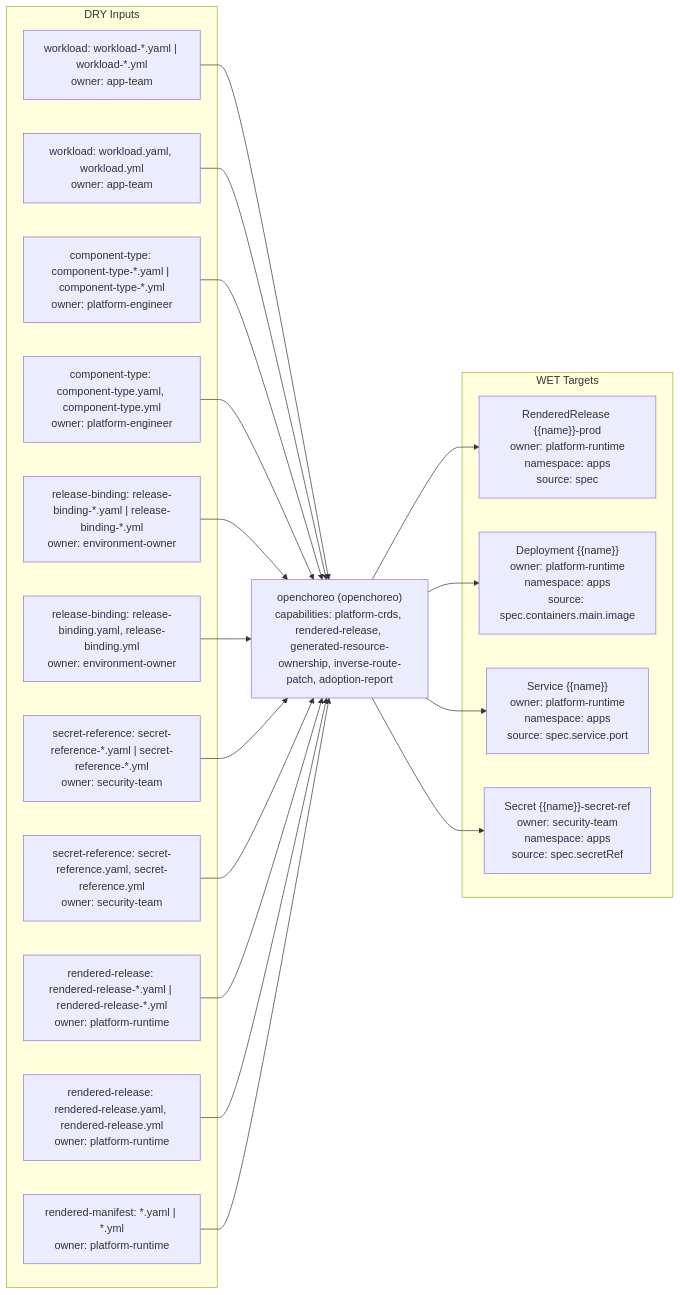
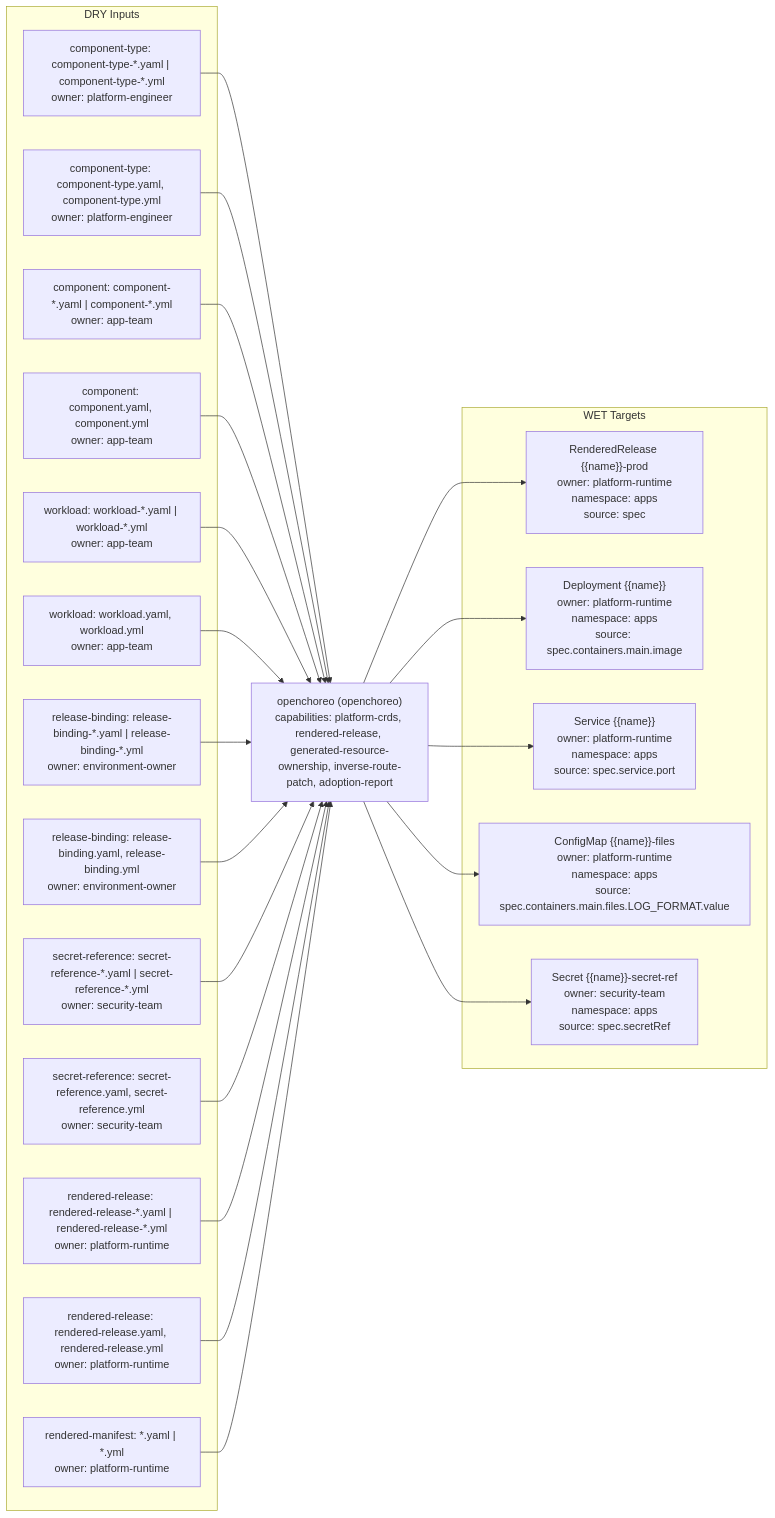
One commit to confighub/cub-gen changed the diagram in docs/triple-styles/style-c-yaml-plus-docs/openchoreo/triple.md. Above: the diagram before and after it, drawn with Mermaid. The commit also changed other lines of this file and 32 other files, not shown here.

````diff
--- a/docs/triple-styles/style-c-yaml-plus-docs/openchoreo/triple.md
+++ b/docs/triple-styles/style-c-yaml-plus-docs/openchoreo/triple.md
@@ -7,38 +7,44 @@
 ```mermaid
 flowchart LR
   subgraph DRY["DRY Inputs"]
-    d1["workload: workload-*.yaml | workload-*.yml<br/>owner: app-team"]
-    d2["workload: workload.yaml, workload.yml<br/>owner: app-team"]
-    d3["component-type: component-type-*.yaml | component-type-*.yml<br/>owner: platform-engineer"]
-    d4["component-type: component-type.yaml, component-type.yml<br/>owner: platform-engineer"]
-    d5["release-binding: release-binding-*.yaml | release-binding-*.yml<br/>owner: environment-owner"]
-    d6["release-binding: release-binding.yaml, release-binding.yml<br/>owner: environment-owner"]
-    d7["secret-reference: secret-reference-*.yaml | secret-reference-*.yml<br/>owner: security-team"]
-    d8["secret-reference: secret-reference.yaml, secret-reference.yml<br/>owner: security-team"]
-    d9["rendered-release: rendered-release-*.yaml | rendered-release-*.yml<br/>owner: platform-runtime"]
-    d10["rendered-release: rendered-release.yaml, rendered-release.yml<br/>owner: platform-runtime"]
-    d11["rendered-manifest: *.yaml | *.yml<br/>owner: platform-runtime"]
+    d1["component-type: component-type-*.yaml | component-type-*.yml<br/>owner: platform-engineer"]
+    d2["component-type: component-type.yaml, component-type.yml<br/>owner: platform-engineer"]
+    d3["component: component-*.yaml | component-*.yml<br/>owner: app-team"]
+    d4["component: component.yaml, component.yml<br/>owner: app-team"]
+    d5["workload: workload-*.yaml | workload-*.yml<br/>owner: app-team"]
+    d6["workload: workload.yaml, workload.yml<br/>owner: app-team"]
+    d7["release-binding: release-binding-*.yaml | release-binding-*.yml<br/>owner: environment-owner"]
+    d8["release-binding: release-binding.yaml, release-binding.yml<br/>owner: environment-owner"]
+    d9["secret-reference: secret-reference-*.yaml | secret-reference-*.yml<br/>owner: security-team"]
+    d10["secret-reference: secret-reference.yaml, secret-reference.yml<br/>owner: security-team"]
+    d11["rendered-release: rendered-release-*.yaml | rendered-release-*.yml<br/>owner: platform-runtime"]
+    d12["rendered-release: rendered-release.yaml, rendered-release.yml<br/>owner: platform-runtime"]
+    d13["rendered-manifest: *.yaml | *.yml<br/>owner: platform-runtime"]
   end
   gen["openchoreo (openchoreo)<br/>capabilities: platform-crds, rendered-release, generated-resource-ownership, inverse-route-patch, adoption-report"]
   subgraph WET["WET Targets"]
     w1["RenderedRelease {{name}}-prod<br/>owner: platform-runtime<br/>namespace: apps<br/>source: spec"]
     w2["Deployment {{name}}<br/>owner: platform-runtime<br/>namespace: apps<br/>source: spec.containers.main.image"]
     w3["Service {{name}}<br/>owner: platform-runtime<br/>namespace: apps<br/>source: spec.service.port"]
-    w4["Secret {{name}}-secret-ref<br/>owner: security-team<br/>namespace: apps<br/>source: spec.secretRef"]
+    w4["ConfigMap {{name}}-files<br/>owner: platform-runtime<br/>namespace: apps<br/>source: spec.containers.main.files.LOG_FORMAT.value"]
+    w5["Secret {{name}}-secret-ref<br/>owner: security-team<br/>namespace: apps<br/>source: spec.secretRef"]
   end
   d1 --> gen
   d2 --> gen
   d3 --> gen
   d4 --> gen
   d5 --> gen
   d6 --> gen
   d7 --> gen
   d8 --> gen
   d9 --> gen
   d10 --> gen
   d11 --> gen
+  d12 --> gen
+  d13 --> gen
   gen --> w1
   gen --> w2
   gen --> w3
   gen --> w4
+  gen --> w5
 ```
````
